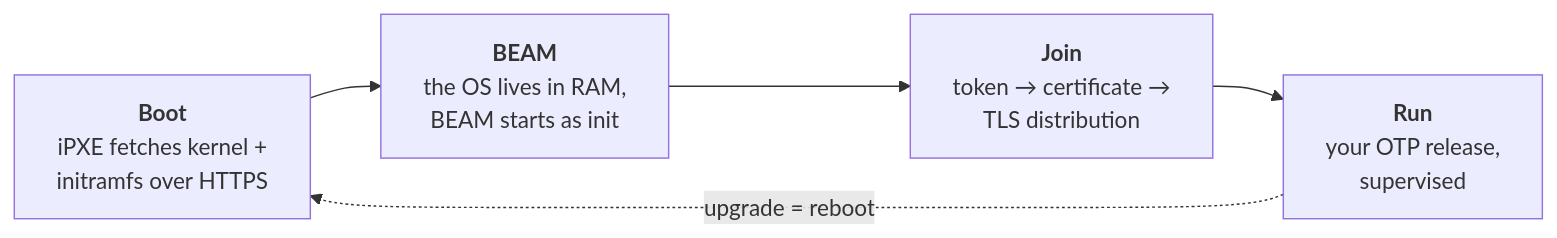
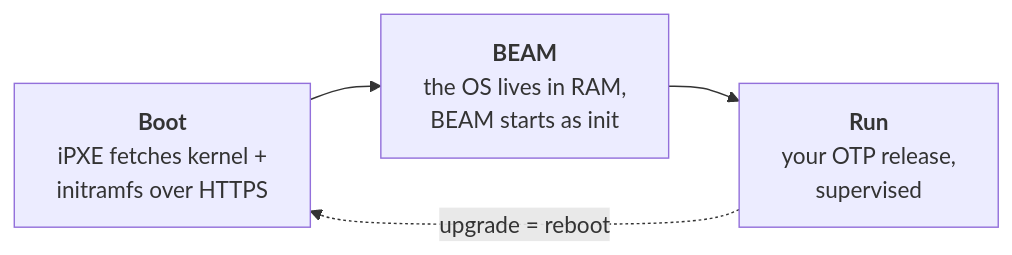
The diagram in README.md (jeanparpaillon/cubi), drawn with Mermaid before and after one commit. The commit also changed other lines of this file and 173 other files, not shown here.

````diff
--- a/README.md
+++ b/README.md
@@ -41,9 +15,8 @@
 ```mermaid
 flowchart LR
     boot["<b>Boot</b><br/>iPXE fetches kernel +<br/>initramfs over HTTPS"]
     beam["<b>BEAM</b><br/>the OS lives in RAM,<br/>BEAM starts as init"]
-    join["<b>Join</b><br/>token → certificate →<br/>TLS distribution"]
     run["<b>Run</b><br/>your OTP release,<br/>supervised"]
-    boot --> beam --> join --> run
+    boot --> beam --> run
     run -. "upgrade = reboot" .-> boot
 ```
````
